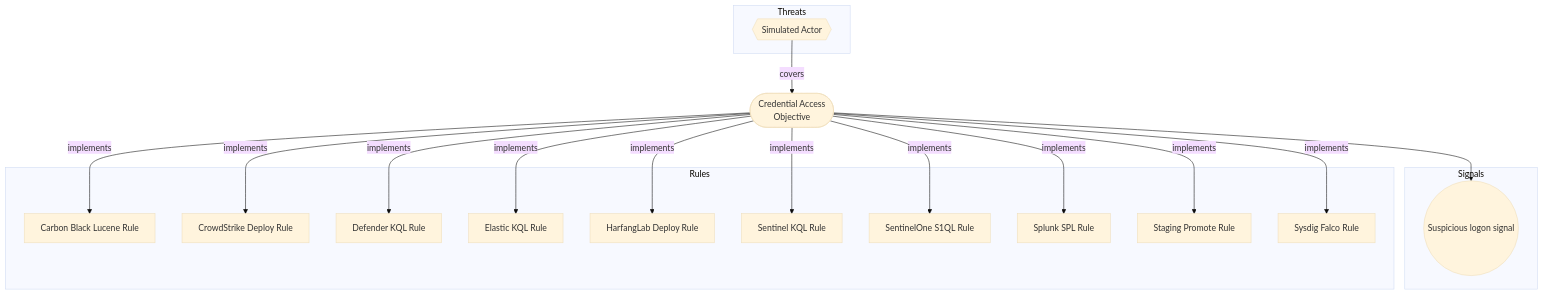
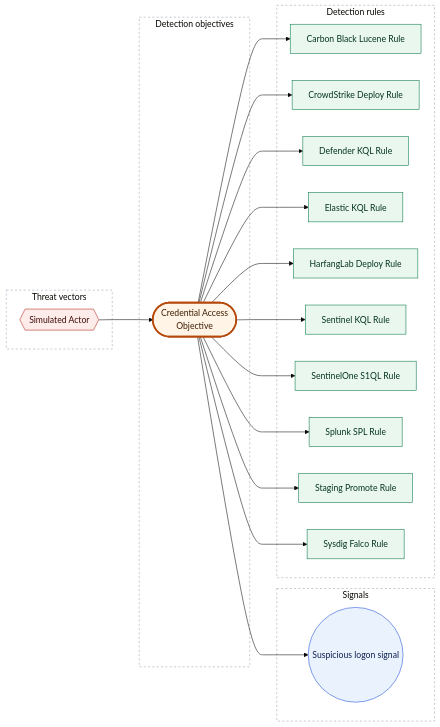
One commit to opentidehq/opentide changed the diagram in tests/golden/cases/generate.docs/json/tide-corpus/output-flavor/files/ws/docs/objectives/credential-access-objective.md. Above: the diagram before and after it, drawn with Mermaid (base theme). The commit also changed other lines of this file and 1676 other files, not shown here.

````diff
--- a/tests/golden/cases/generate.docs/json/tide-corpus/output-flavor/files/ws/docs/objectives/credential-access-objective.md
+++ b/tests/golden/cases/generate.docs/json/tide-corpus/output-flavor/files/ws/docs/objectives/credential-access-objective.md
@@ -41,34 +54,52 @@
 ```mermaid
-flowchart TB
-subgraph "Threats"
-00000000_0000_4000_8001_000000000001{{"Simulated Actor"}}
-end
-subgraph "Signals"
-00000000_0000_4000_8099_000000000001(("Suspicious logon signal"))
-end
-subgraph "Rules"
-00000000_0000_4000_8003_000000000005["Carbon Black Lucene Rule"]
-00000000_0000_4000_8003_000000000006["CrowdStrike Deploy Rule"]
-00000000_0000_4000_8003_000000000002["Defender KQL Rule"]
-00000000_0000_4000_8003_000000000009["Elastic KQL Rule"]
-00000000_0000_4000_8003_000000000007["HarfangLab Deploy Rule"]
-00000000_0000_4000_8003_000000000001["Sentinel KQL Rule"]
-00000000_0000_4000_8003_000000000004["SentinelOne S1QL Rule"]
-00000000_0000_4000_8003_000000000003["Splunk SPL Rule"]
-00000000_0000_4000_8003_000000000008["Staging Promote Rule"]
-00000000_0000_4000_8003_0000005d1a90["Sysdig Falco Rule"]
-end
-00000000_0000_4000_8002_000000000001(["Credential Access<br>Objective"])
-00000000_0000_4000_8001_000000000001 -->|covers| 00000000_0000_4000_8002_000000000001
-00000000_0000_4000_8002_000000000001 --> 00000000_0000_4000_8099_000000000001
-00000000_0000_4000_8002_000000000001 -->|implements| 00000000_0000_4000_8003_000000000005
-00000000_0000_4000_8002_000000000001 -->|implements| 00000000_0000_4000_8003_000000000006
-00000000_0000_4000_8002_000000000001 -->|implements| 00000000_0000_4000_8003_000000000002
-00000000_0000_4000_8002_000000000001 -->|implements| 00000000_0000_4000_8003_000000000009
-00000000_0000_4000_8002_000000000001 -->|implements| 00000000_0000_4000_8003_000000000007
-00000000_0000_4000_8002_000000000001 -->|implements| 00000000_0000_4000_8003_000000000001
-00000000_0000_4000_8002_000000000001 -->|implements| 00000000_0000_4000_8003_000000000004
-00000000_0000_4000_8002_000000000001 -->|implements| 00000000_0000_4000_8003_000000000003
-00000000_0000_4000_8002_000000000001 -->|implements| 00000000_0000_4000_8003_000000000008
-00000000_0000_4000_8002_000000000001 -->|implements| 00000000_0000_4000_8003_0000005d1a90
+flowchart LR
+    accTitle: Detection coverage of Credential Access Objective
+    accDescr: Threat vectors on the left are detected by the objectives, signals and rules to their right.
+    subgraph lane1["Threat vectors"]
+        thr1{{"Simulated Actor"}}
+    end
+    subgraph lane2["Detection objectives"]
+        obj1(["Credential Access<br>Objective"])
+    end
+    subgraph lane3["Signals"]
+        sig1(("Suspicious logon signal"))
+    end
+    subgraph lane4["Detection rules"]
+        rul1["Carbon Black Lucene Rule"]
+        rul2["CrowdStrike Deploy Rule"]
+        rul3["Defender KQL Rule"]
+        rul4["Elastic KQL Rule"]
+        rul5["HarfangLab Deploy Rule"]
+        rul6["Sentinel KQL Rule"]
+        rul7["SentinelOne S1QL Rule"]
+        rul8["Splunk SPL Rule"]
+        rul9["Staging Promote Rule"]
+        rul10["Sysdig Falco Rule"]
+    end
+    thr1 --> obj1
+    obj1 --> sig1
+    obj1 --> rul1
+    obj1 --> rul2
+    obj1 --> rul3
+    obj1 --> rul4
+    obj1 --> rul5
+    obj1 --> rul6
+    obj1 --> rul7
+    obj1 --> rul8
+    obj1 --> rul9
+    obj1 --> rul10
+    classDef threat fill:#fdecea,stroke:#b42318,color:#3d0c09
+    classDef objective fill:#fff4e5,stroke:#b54708,color:#3d1d02
+    classDef signal fill:#eaf2fd,stroke:#1d4ed8,color:#0b1f4d
+    classDef rule fill:#e9f7ef,stroke:#067647,color:#053321
+    classDef focus stroke-width:3px
+    class thr1 threat
+    class obj1 objective
+    class sig1 signal
+    class rul1,rul2,rul3,rul4,rul5,rul6,rul7,rul8,rul9,rul10 rule
+    class obj1 focus
+    style lane1 fill:transparent,stroke:#98a2b3,stroke-dasharray:4 4
+    style lane2 fill:transparent,stroke:#98a2b3,stroke-dasharray:4 4
+    style lane3 fill:transparent,stroke:#98a2b3,stroke-dasharray:4 4
+    style lane4 fill:transparent,stroke:#98a2b3,stroke-dasharray:4 4
 ```
````
